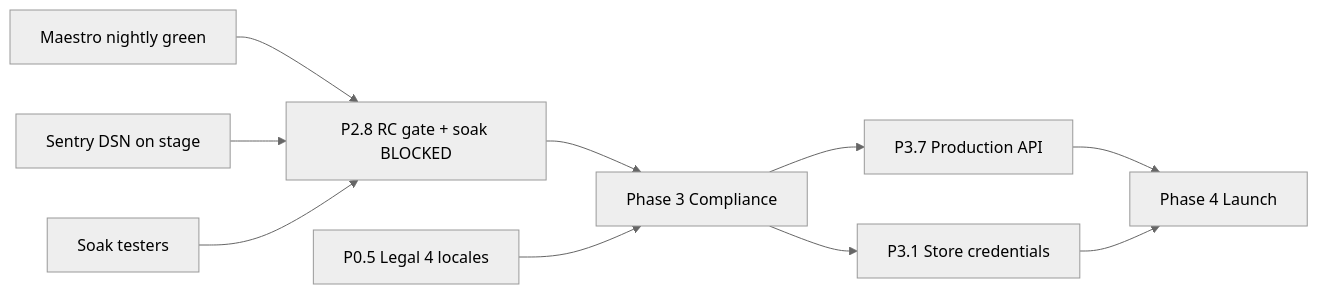
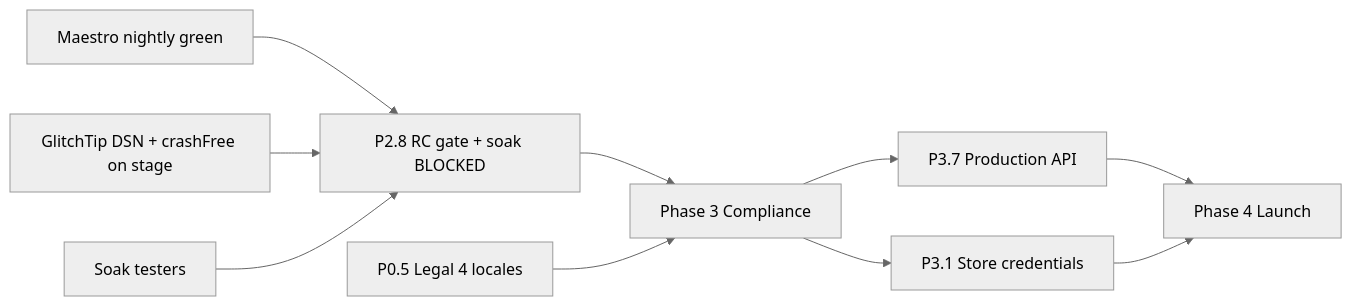
The second of 2 diagrams in docs/roadmap-to-prod.md (zuevfoton-art/AllerGuide), drawn with Mermaid (neutral theme) before and after one commit. The commit also changed other lines of this file and 18 other files, not shown here.

First line of the commit message:
docs: retarget G5 crash-free from Sentry Cloud to GlitchTip

````diff
--- a/docs/roadmap-to-prod.md
+++ b/docs/roadmap-to-prod.md
@@ -269,12 +269,12 @@
 ```mermaid
 flowchart LR
   P2_8[P2.8 RC gate + soak BLOCKED] --> P3[Phase 3 Compliance]
   M[Maestro nightly green] --> P2_8
-  S[Sentry DSN on stage] --> P2_8
+  S[GlitchTip DSN + crashFree on stage] --> P2_8
   T[Soak testers] --> P2_8
   P3 --> P37[P3.7 Production API]
   P3 --> P31[P3.1 Store credentials]
   P0_5[P0.5 Legal 4 locales] --> P3
   P37 --> P4[Phase 4 Launch]
   P31 --> P4
 ```
````
